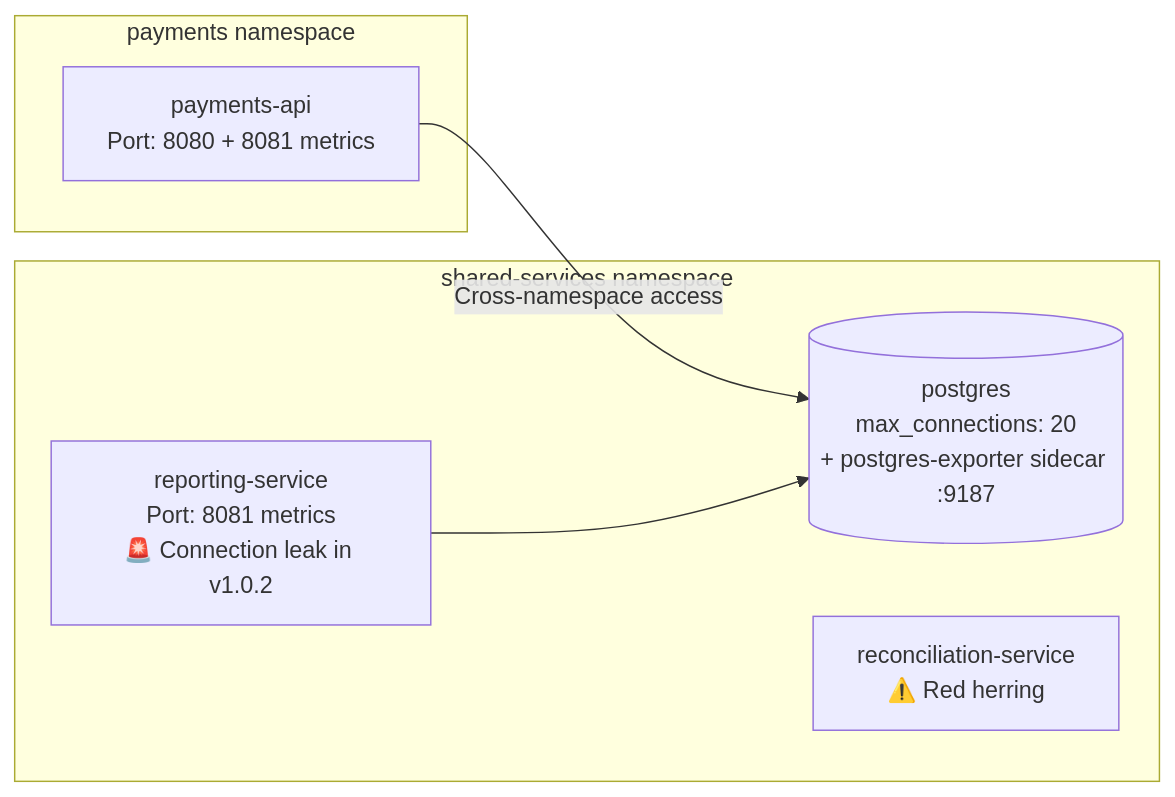
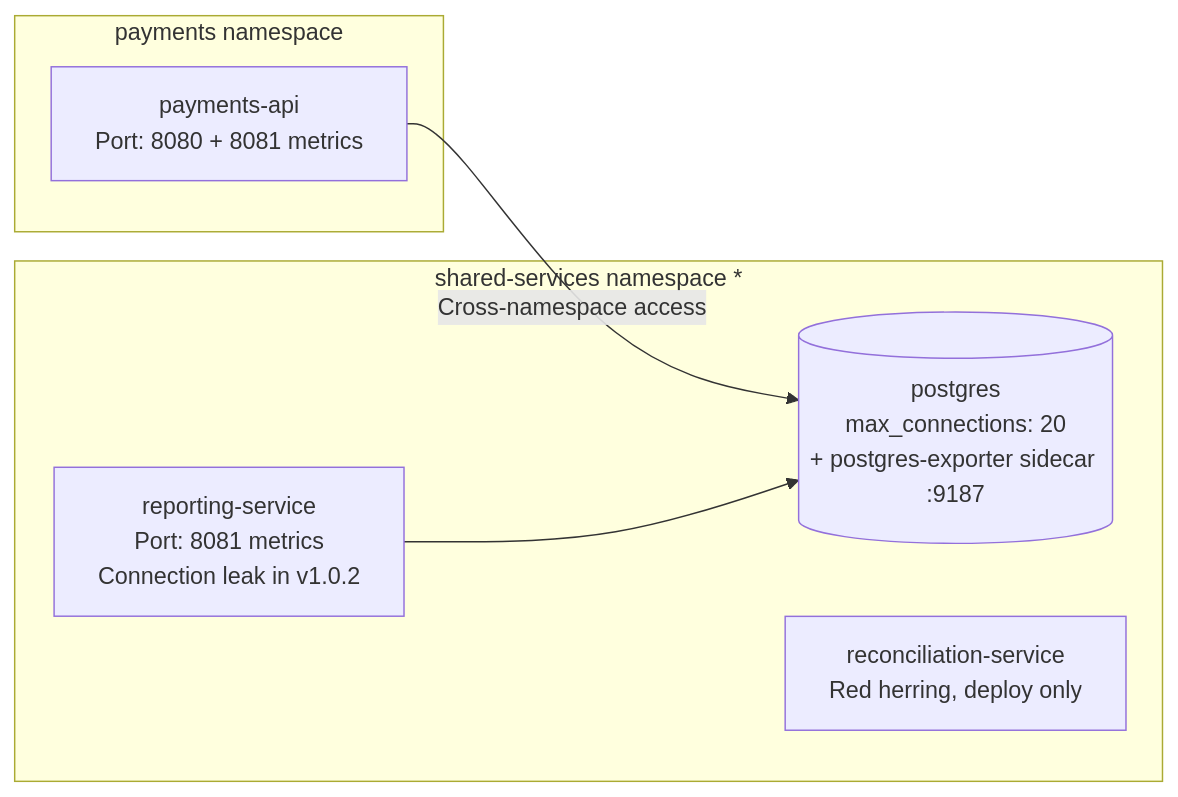
One commit to shwetaap/troubleshooting-scenarios changed the diagram in generic/01-payments-api-failure/README.md. Above: the diagram before and after it, drawn with Mermaid. The commit also changed other lines of this file and 5 other files, not shown here.

````diff
--- a/generic/01-payments-api-failure/README.md
+++ b/generic/01-payments-api-failure/README.md
@@ -38,15 +49,15 @@
 ```mermaid
 graph LR
     subgraph payments [payments namespace]
         payment[payments-api<br/>Port: 8080 + 8081 metrics]
     end
 
-    subgraph shared [shared-services namespace]
+    subgraph shared [shared-services namespace *]
         postgres[(postgres<br/>max_connections: 20<br/>+ postgres-exporter sidecar :9187)]
-        report[reporting-service<br/>Port: 8081 metrics<br/>🚨 Connection leak in v1.0.2]
-        recon[reconciliation-service<br/>⚠️ Red herring]
+        report[reporting-service<br/>Port: 8081 metrics<br/>Connection leak in v1.0.2]
+        recon[reconciliation-service<br/>Red herring, deploy only]
     end
 
     payment -->|Cross-namespace access| postgres
     report --> postgres
 ```
````
